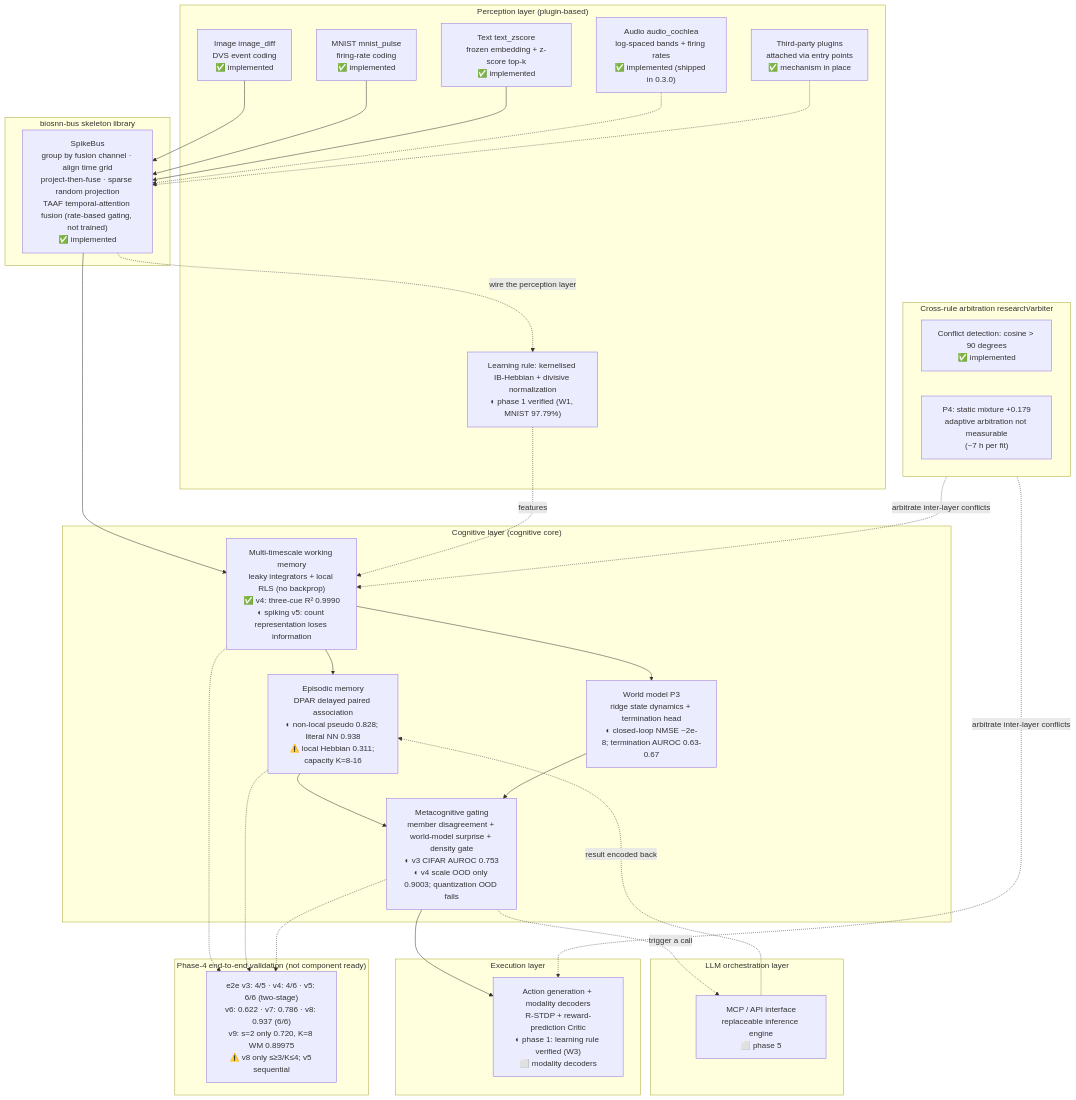
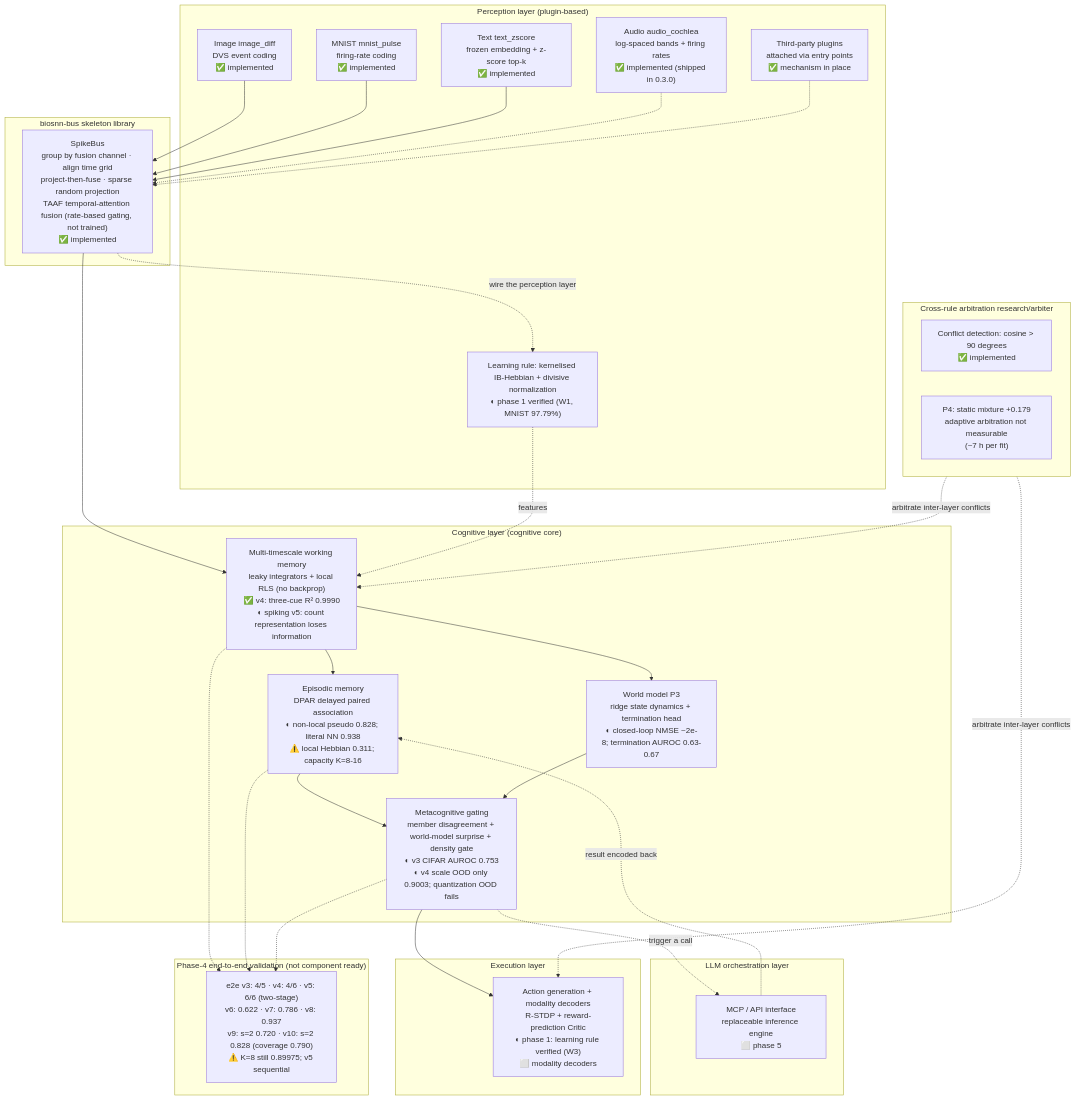
One commit to lzmd-arch/BioSNN-Plug changed the diagram in README.en.md. Above: the diagram before and after it, drawn with Mermaid. The commit also changed other lines of this file and 9 other files, not shown here.

````diff
--- a/README.en.md
+++ b/README.en.md
@@ -149,60 +149,60 @@
 ```mermaid
 flowchart TB
     subgraph L5["LLM orchestration layer"]
         MCP["MCP / API interface<br/>replaceable inference engine<br/>⬜ phase 5"]
     end
 
     subgraph L4["Execution layer"]
         ACT["Action generation + modality decoders<br/>R-STDP + reward-prediction Critic<br/>◐ phase 1: learning rule verified (W3)<br/>⬜ modality decoders"]
     end
 
     subgraph L3["Cognitive layer (cognitive core)"]
         WM["Multi-timescale working memory<br/>leaky integrators + local RLS (no backprop)<br/>✅ v4: three-cue R² 0.9990<br/>◐ spiking v5: count representation loses information"]
         EM["Episodic memory<br/>DPAR delayed paired association<br/>◐ non-local pseudo 0.828; literal NN 0.938<br/>⚠️ local Hebbian 0.311; capacity K=8-16"]
         MG["Metacognitive gating<br/>member disagreement + world-model surprise + density gate<br/>◐ v3 CIFAR AUROC 0.753<br/>◐ v4 scale OOD only 0.9003; quantization OOD fails"]
         WMODEL["World model P3<br/>ridge state dynamics + termination head<br/>◐ closed-loop NMSE ~2e-8; termination AUROC 0.63-0.67"]
     end
 
     subgraph ARB["Cross-rule arbitration research/arbiter"]
         CF["Conflict detection: cosine > 90 degrees<br/>✅ implemented"]
         ES["P4: static mixture +0.179<br/>adaptive arbitration not measurable<br/>(~7 h per fit)"]
     end
 
     subgraph L2["biosnn-bus skeleton library"]
         BUS["SpikeBus<br/>group by fusion channel · align time grid<br/>project-then-fuse · sparse random projection<br/>TAAF temporal-attention fusion (rate-based gating, not trained)<br/>✅ implemented"]
     end
 
     subgraph L1["Perception layer (plugin-based)"]
         IMG["Image image_diff<br/>DVS event coding<br/>✅ implemented"]
         MN["MNIST mnist_pulse<br/>firing-rate coding<br/>✅ implemented"]
         TXT["Text text_zscore<br/>frozen embedding + z-score top-k<br/>✅ implemented"]
         AUD["Audio audio_cochlea<br/>log-spaced bands + firing rates<br/>✅ implemented (shipped in 0.3.0)"]
         THIRD["Third-party plugins<br/>attached via entry points<br/>✅ mechanism in place"]
         HEB["Learning rule: kernelised IB-Hebbian + divisive normalization<br/>◐ phase 1 verified (W1, MNIST 97.79%)"]
     end
 
     IMG --> BUS
     MN --> BUS
     TXT --> BUS
     AUD -.-> BUS
     THIRD -.-> BUS
     BUS --> WM
     BUS -.->|wire the perception layer| HEB
     HEB -.->|features| WM
     WM --> EM
     WM --> WMODEL
     EM --> MG
     WMODEL --> MG
     MG --> ACT
     MG -.->|trigger a call| MCP
     MCP -.->|result encoded back| EM
     ARB -.->|arbitrate inter-layer conflicts| WM
     ARB -.->|arbitrate inter-layer conflicts| ACT
 
     subgraph S4["Phase-4 end-to-end validation (not component ready)"]
-        E2E["e2e v3: 4/5 · v4: 4/6 · v5: 6/6 (two-stage)<br/>v6: 0.622 · v7: 0.786 · v8: 0.937 (6/6)<br/>v9: s=2 only 0.720, K=8 WM 0.89975<br/>⚠️ v8 only s≥3/K≤4; v5 sequential"]
+        E2E["e2e v3: 4/5 · v4: 4/6 · v5: 6/6 (two-stage)<br/>v6: 0.622 · v7: 0.786 · v8: 0.937<br/>v9: s=2 0.720 · v10: s=2 0.828 (coverage 0.790)<br/>⚠️ K=8 still 0.89975; v5 sequential"]
     end
     WM -.-> E2E
     EM -.-> E2E
     MG -.-> E2E
 ```
````
